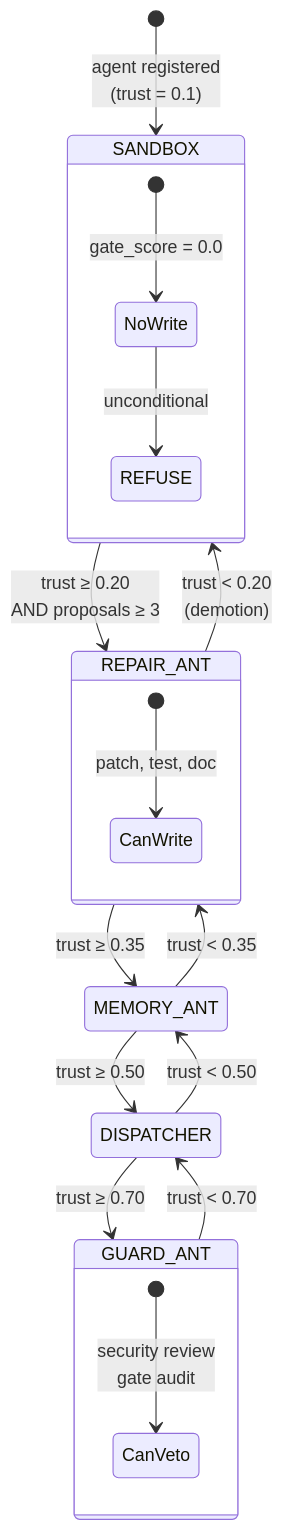
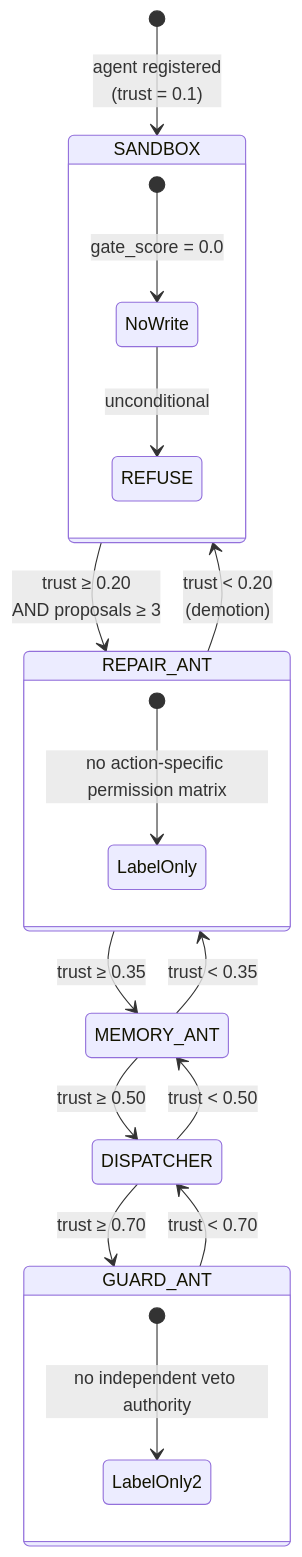
The second of 3 diagrams in docs/modules/colony_kernel/SPEC.md (docxology/codomyrmex), drawn with Mermaid before and after one commit. The commit also changed other lines of this file and 334 other files, not shown here.

````diff
--- a/docs/modules/colony_kernel/SPEC.md
+++ b/docs/modules/colony_kernel/SPEC.md
@@ -84,27 +84,27 @@
 ```mermaid
 stateDiagram-v2
     [*] --> SANDBOX : agent registered<br/>(trust = 0.1)
 
     SANDBOX --> REPAIR_ANT : trust ≥ 0.20<br/>AND proposals ≥ 3
     REPAIR_ANT --> MEMORY_ANT : trust ≥ 0.35
     MEMORY_ANT --> DISPATCHER : trust ≥ 0.50
     DISPATCHER --> GUARD_ANT : trust ≥ 0.70
 
     REPAIR_ANT --> SANDBOX : trust < 0.20<br/>(demotion)
     MEMORY_ANT --> REPAIR_ANT : trust < 0.35
     DISPATCHER --> MEMORY_ANT : trust < 0.50
     GUARD_ANT --> DISPATCHER : trust < 0.70
 
     state SANDBOX {
         [*] --> NoWrite : gate_score = 0.0
         NoWrite --> REFUSE : unconditional
     }
 
     state REPAIR_ANT {
-        [*] --> CanWrite : patch, test, doc
+        [*] --> LabelOnly : no action-specific permission matrix
     }
 
     state GUARD_ANT {
-        [*] --> CanVeto : security review<br/>gate audit
+        [*] --> LabelOnly2 : no independent veto authority
     }
 ```
````
